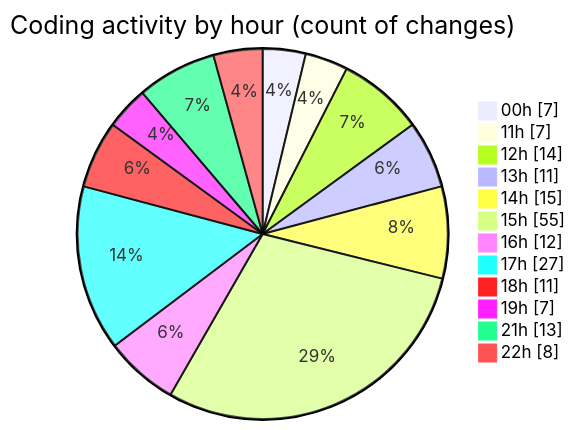
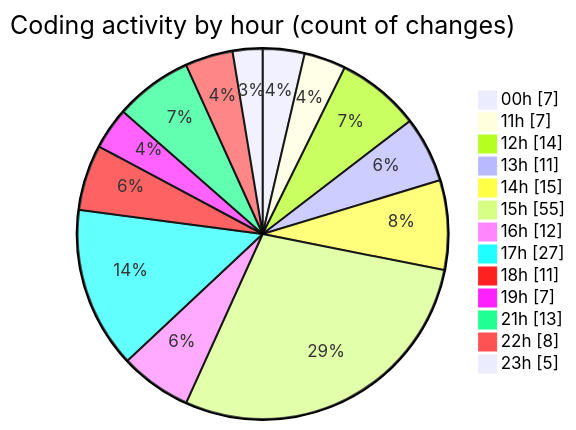
Before and after one commit to julien-gomy/code-tracking: the second of 2 diagrams in 2025-10-08/eventscop-frontend-guide__workspace_/README.md, drawn with Mermaid. The commit also changed other lines of this file and 1 other file, not shown here.

````diff
--- a/2025-10-08/eventscop-frontend-guide__workspace_/README.md
+++ b/2025-10-08/eventscop-frontend-guide__workspace_/README.md
@@ -74,16 +76,17 @@
 ```mermaid
 pie showData
 title Coding activity by hour (count of changes)
 "00h" : 7
 "11h" : 7
 "12h" : 14
 "13h" : 11
 "14h" : 15
 "15h" : 55
 "16h" : 12
 "17h" : 27
 "18h" : 11
 "19h" : 7
 "21h" : 13
 "22h" : 8
+"23h" : 5
 ```
````
